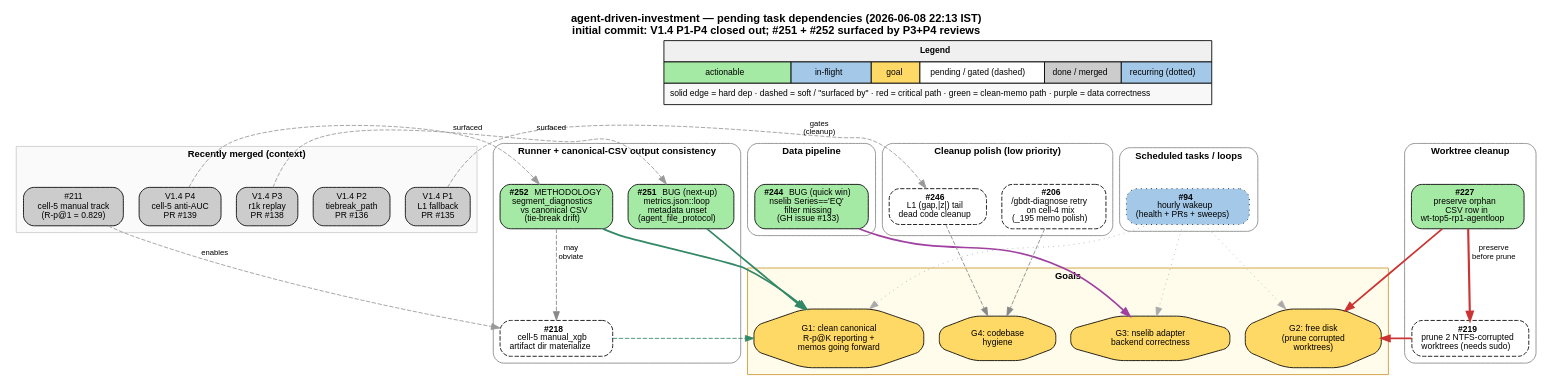
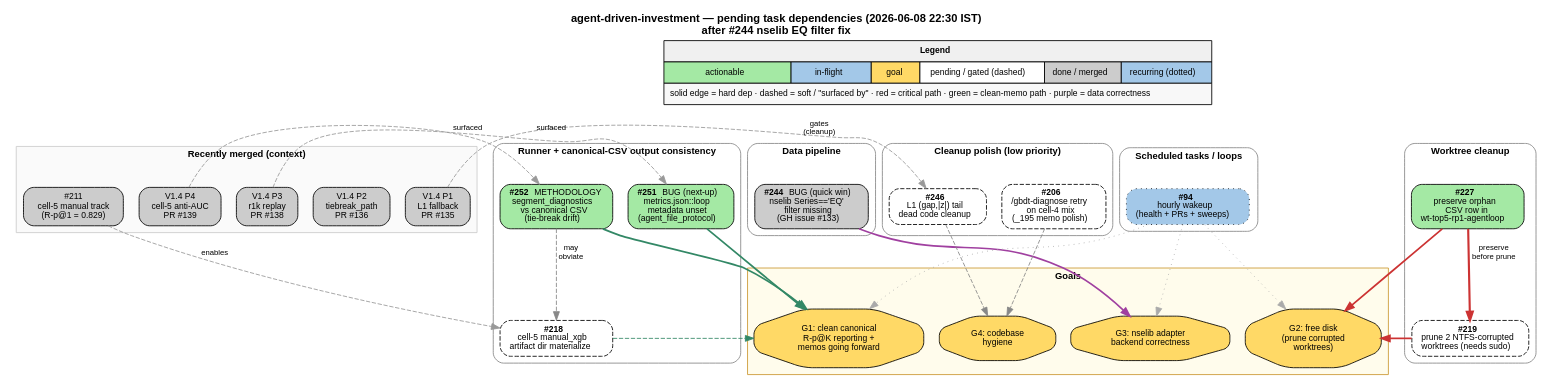
The diagram in docs/task_dependencies.dot (shayanrc/agent-driven-investment), drawn with Graphviz before and after one commit. The commit also changed 4 other files, not shown here.

First line of the commit message:
data_pipelines FIX — nselib adapter missing Series == 'EQ' filter (#244, fixes GH #133)

```diff
--- a/docs/task_dependencies.dot
+++ b/docs/task_dependencies.dot
@@ -1,153 +1,153 @@
 digraph tasks {
   rankdir=TB;
   fontname="Helvetica";
   bgcolor="white";
   node [fontname="Helvetica", fontsize=10, shape=box, style="rounded,filled", margin="0.15,0.08"];
   edge [fontname="Helvetica", fontsize=9];
-  graph [labelloc="t", label="agent-driven-investment — pending task dependencies (2026-06-08 22:13 IST)\ninitial commit: V1.4 P1-P4 closed out; #251 + #252 surfaced by P3+P4 reviews", fontsize=13, fontname="Helvetica-Bold"];
+  graph [labelloc="t", label="agent-driven-investment — pending task dependencies (2026-06-08 22:30 IST)\nafter #244 nselib EQ filter fix", fontsize=13, fontname="Helvetica-Bold"];
 
   // Legend in isolated top rank
   {
     rank=source;
     legend [shape=none, margin=0, label=<
       <TABLE BORDER="0" CELLBORDER="1" CELLSPACING="0" CELLPADDING="6">
         <TR><TD COLSPAN="6" BGCOLOR="#f0f0f0"><B>Legend</B></TD></TR>
         <TR>
           <TD BGCOLOR="#a4e9a4">actionable</TD>
           <TD BGCOLOR="#a3c8e8">in-flight</TD>
           <TD BGCOLOR="#ffd966">goal</TD>
           <TD BGCOLOR="#ffffff">pending / gated (dashed)</TD>
           <TD BGCOLOR="#cccccc">done / merged</TD>
           <TD BGCOLOR="#a3c8e8">recurring (dotted)</TD>
         </TR>
         <TR><TD COLSPAN="6" BGCOLOR="#f8f8f8">solid edge = hard dep · dashed = soft / "surfaced by" · red = critical path · green = clean-memo path · purple = data correctness</TD></TR>
       </TABLE>
     >];
   }
 
   // Done cluster
   subgraph cluster_done {
     label = "Recently merged (context)";
     style = "filled";
     fillcolor = "#fafafa";
     color = "#cccccc";
     fontname = "Helvetica-Bold";
     fontsize = 11;
 
     v14p1 [label="V1.4 P1\nL1 fallback\nPR #135", fillcolor="#cccccc"];
     v14p2 [label="V1.4 P2\ntiebreak_path\nPR #136", fillcolor="#cccccc"];
     v14p3 [label="V1.4 P3\nr1k replay\nPR #138", fillcolor="#cccccc"];
     v14p4 [label="V1.4 P4\ncell-5 anti-AUC\nPR #139", fillcolor="#cccccc"];
     cell5_manual [label="#211\ncell-5 manual track\n(R-p@1 = 0.829)", fillcolor="#cccccc"];
   }
 
   // Runner / methodology cluster
   subgraph cluster_runner {
     label = "Runner + canonical-CSV output consistency";
     style = "rounded";
     color = "#888888";
     fontname = "Helvetica-Bold";
     fontsize = 11;
 
     t251 [label=<<B>#251</B> BUG (next-up)<BR/>metrics.json::loop<BR/>metadata unset<BR/>(agent_file_protocol)>, fillcolor="#a4e9a4"];
     t252 [label=<<B>#252</B> METHODOLOGY<BR/>segment_diagnostics<BR/>vs canonical CSV<BR/>(tie-break drift)>, fillcolor="#a4e9a4"];
     t218 [label=<<B>#218</B><BR/>cell-5 manual_xgb<BR/>artifact dir materialize>, fillcolor="#ffffff", style="rounded,filled,dashed"];
   }
 
   // Data pipeline
   subgraph cluster_data {
     label = "Data pipeline";
     style = "rounded";
     color = "#888888";
     fontname = "Helvetica-Bold";
     fontsize = 11;
 
-    t244 [label=<<B>#244</B> BUG (quick win)<BR/>nselib Series=='EQ'<BR/>filter missing<BR/>(GH issue #133)>, fillcolor="#a4e9a4"];
+    t244 [label=<<B>#244</B> BUG (quick win)<BR/>nselib Series=='EQ'<BR/>filter missing<BR/>(GH issue #133)>, fillcolor="#cccccc"];
   }
 
   // Worktree cleanup cluster
   subgraph cluster_worktree {
     label = "Worktree cleanup";
     style = "rounded";
     color = "#888888";
     fontname = "Helvetica-Bold";
     fontsize = 11;
 
     t227 [label=<<B>#227</B><BR/>preserve orphan<BR/>CSV row in<BR/>wt-top5-rp1-agentloop>, fillcolor="#a4e9a4"];
     t219 [label=<<B>#219</B><BR/>prune 2 NTFS-corrupted<BR/>worktrees (needs sudo)>, fillcolor="#ffffff", style="rounded,filled,dashed"];
   }
 
   // Cleanup polish
   subgraph cluster_cleanup {
     label = "Cleanup polish (low priority)";
     style = "rounded";
     color = "#888888";
     fontname = "Helvetica-Bold";
     fontsize = 11;
 
     t246 [label=<<B>#246</B><BR/>L1 (gap,|z|) tail<BR/>dead code cleanup>, fillcolor="#ffffff", style="rounded,filled,dashed"];
     t206 [label=<<B>#206</B><BR/>/gbdt-diagnose retry<BR/>on cell-4 mix<BR/>(_195 memo polish)>, fillcolor="#ffffff", style="rounded,filled,dashed"];
   }
 
   // Scheduled / recurring
   subgraph cluster_recurring {
     label = "Scheduled tasks / loops";
     style = "rounded";
     color = "#888888";
     fontname = "Helvetica-Bold";
     fontsize = 11;
 
     t94 [label=<<B>#94</B><BR/>hourly wakeup<BR/>(health + PRs + sweeps)>, fillcolor="#a3c8e8", style="rounded,filled,dotted"];
   }
 
   // Goals
   subgraph cluster_goals {
     label = "Goals";
     style = "filled";
     fillcolor = "#fffcec";
     color = "#cc9933";
     fontname = "Helvetica-Bold";
     fontsize = 11;
 
     g1 [label="G1: clean canonical\nR-p@K reporting +\nmemos going forward", fillcolor="#ffd966", shape=octagon];
     g2 [label="G2: free disk\n(prune corrupted\nworktrees)", fillcolor="#ffd966", shape=octagon];
     g3 [label="G3: nselib adapter\nbackend correctness", fillcolor="#ffd966", shape=octagon];
     g4 [label="G4: codebase\nhygiene", fillcolor="#ffd966", shape=octagon];
   }
 
   // Invisible anchor edges (legend → cluster tops)
   legend -> v14p1 [style="invis", weight=100];
   legend -> t251 [style="invis", weight=100];
   legend -> t244 [style="invis", weight=100];
   legend -> t227 [style="invis", weight=100];
   legend -> t246 [style="invis", weight=100];
   legend -> t94 [style="invis", weight=100];
   legend -> g1 [style="invis", weight=100];
 
   // Done → pending: "surfaced by" / "gates" edges
   v14p3 -> t251 [style="dashed", color="#999999", label="surfaced"];
   v14p4 -> t252 [style="dashed", color="#999999", label="surfaced"];
   v14p1 -> t246 [style="dashed", color="#999999", label="gates\n(cleanup)"];
   cell5_manual -> t218 [style="dashed", color="#999999", label="enables"];
 
   // Hard deps within pending
   t227 -> t219 [color="#cc3333", penwidth=2.5, label="preserve\nbefore prune"];
 
   // Soft deps: #252 may obviate #218
   t252 -> t218 [style="dashed", color="#888888", label="may\nobviate"];
 
   // Pending → goals (colored per workstream)
   t251 -> g1 [color="#338866", penwidth=2];
   t252 -> g1 [color="#338866", penwidth=2];
   t218 -> g1 [style="dashed", color="#338866"];
   t227 -> g2 [color="#cc3333", penwidth=2];
   t219 -> g2 [color="#cc3333", penwidth=2];
   t244 -> g3 [color="#a040a0", penwidth=2];
   t246 -> g4 [style="dashed", color="#888888"];
   t206 -> g4 [style="dashed", color="#888888"];
 
   // Recurring task supervises (dotted)
   t94 -> g1 [style="dotted", color="#aaaaaa"];
   t94 -> g2 [style="dotted", color="#aaaaaa"];
   t94 -> g3 [style="dotted", color="#aaaaaa"];
 }
```
